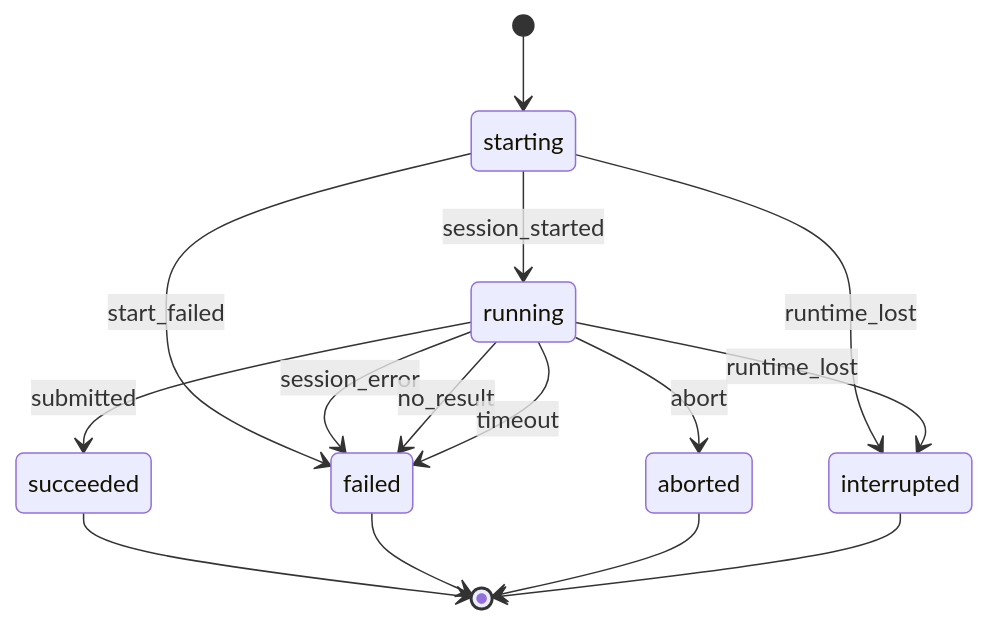
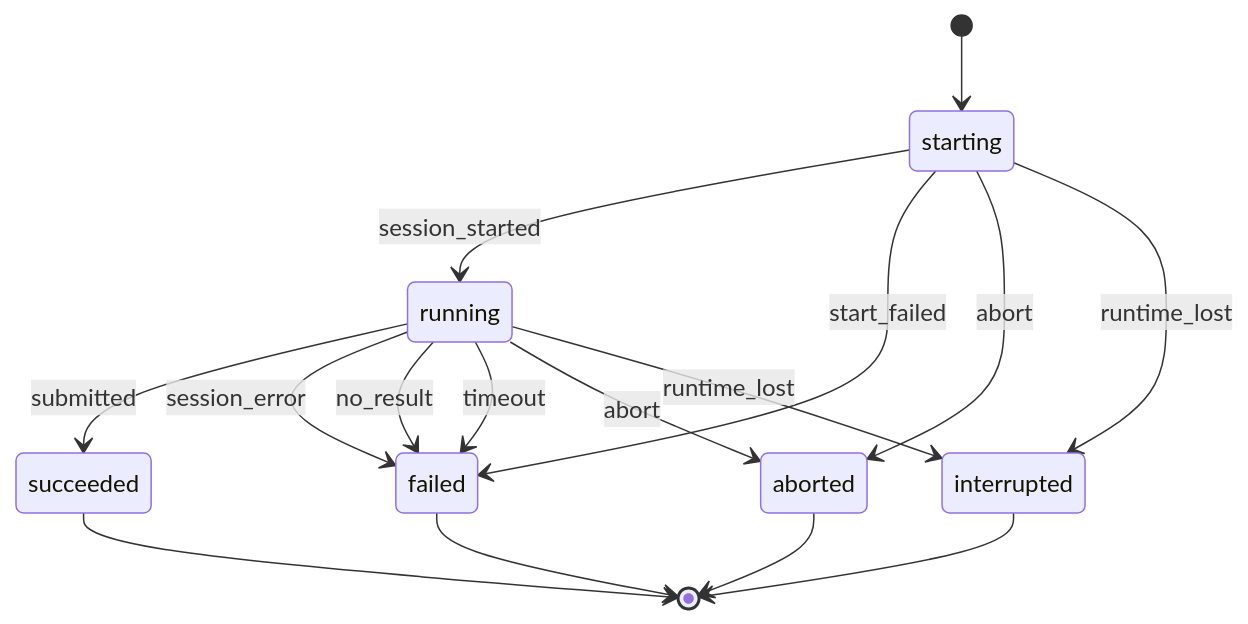
Before and after one commit to wangyufengsky/agent-workflow: the third of 8 diagrams in docs/09-state-machines.md, drawn with Mermaid. The commit also changed other lines of this file and 36 other files, not shown here.

````diff
--- a/docs/09-state-machines.md
+++ b/docs/09-state-machines.md
@@ -160,17 +165,18 @@
 ```mermaid
 stateDiagram-v2
   [*] --> starting
   starting --> running: session_started
   starting --> failed: start_failed
+  starting --> aborted: abort
   starting --> interrupted: runtime_lost
   running --> succeeded: submitted
   running --> failed: session_error
   running --> failed: no_result
   running --> failed: timeout
   running --> aborted: abort
   running --> interrupted: runtime_lost
   succeeded --> [*]
   failed --> [*]
   aborted --> [*]
   interrupted --> [*]
 ```
````
